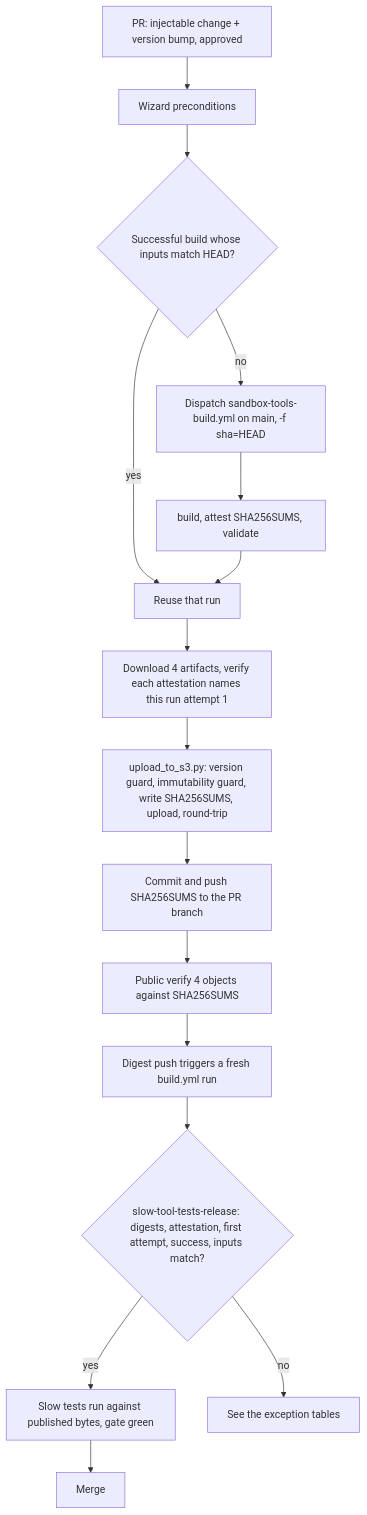
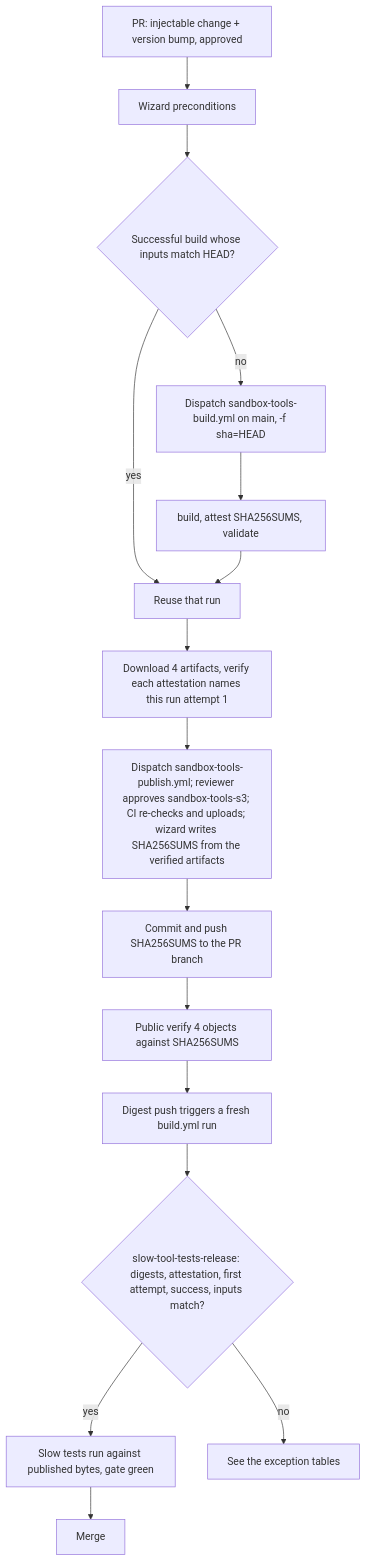
Before and after one commit to UKGovernmentBEIS/inspect_ai: the diagram in src/inspect_sandbox_tools/design/sandbox-tools-release-flow.md, drawn with Mermaid. The commit also changed other lines of this file and 4 other files, not shown here.

Commit message:
docs: sandbox tools publish workflow and its AWS setup

````diff
--- a/src/inspect_sandbox_tools/design/sandbox-tools-release-flow.md
+++ b/src/inspect_sandbox_tools/design/sandbox-tools-release-flow.md
@@ -47,18 +54,18 @@
 ```mermaid
 flowchart TD
   A["PR: injectable change + version bump, approved"] --> B["Wizard preconditions"]
   B --> C{"Successful build whose inputs match HEAD?"}
   C -- yes --> D["Reuse that run"]
   C -- no --> E["Dispatch sandbox-tools-build.yml on main, -f sha=HEAD"]
   E --> F["build, attest SHA256SUMS, validate"]
   F --> D
   D --> G["Download 4 artifacts, verify each attestation names this run attempt 1"]
-  G --> H["upload_to_s3.py: version guard, immutability guard, write SHA256SUMS, upload, round-trip"]
+  G --> H["Dispatch sandbox-tools-publish.yml; reviewer approves sandbox-tools-s3; CI re-checks and uploads; wizard writes SHA256SUMS from the verified artifacts"]
   H --> I["Commit and push SHA256SUMS to the PR branch"]
   I --> J["Public verify 4 objects against SHA256SUMS"]
   J --> K["Digest push triggers a fresh build.yml run"]
   K --> L{"slow-tool-tests-release: digests, attestation, first attempt, success, inputs match?"}
   L -- yes --> M["Slow tests run against published bytes, gate green"]
   M --> N["Merge"]
   L -- no --> O["See the exception tables"]
 ```
````
